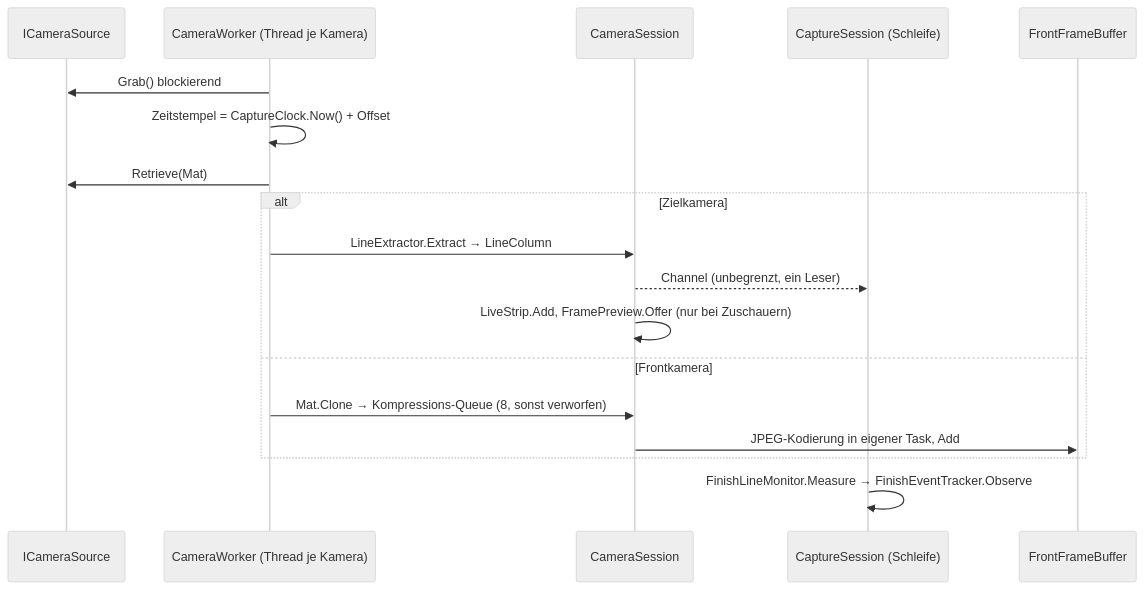
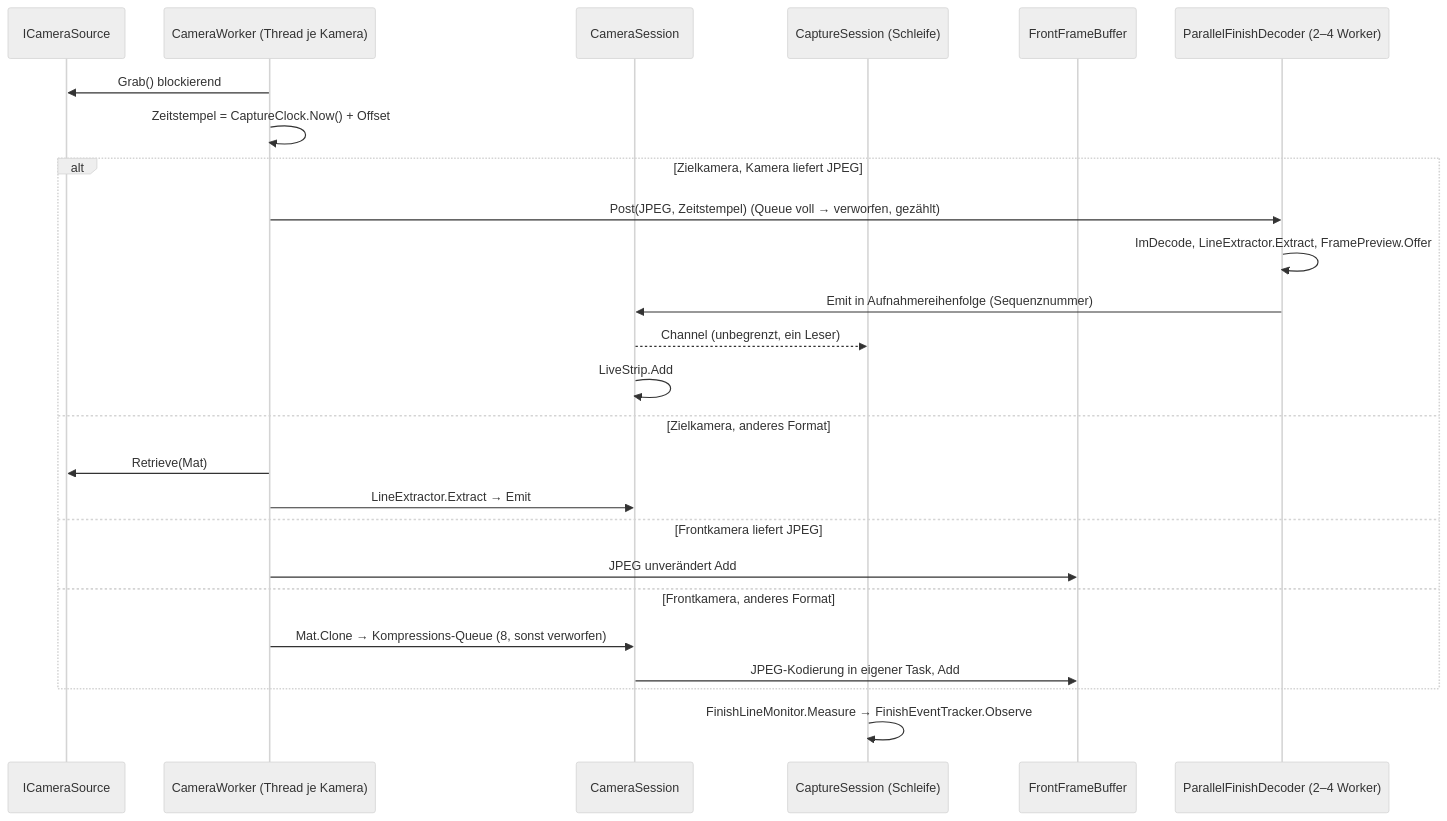
One commit to AndreasLamparter/CameraAppV2 changed the diagram in docs/arc42/06-runtime.md. Above: the diagram before and after it, drawn with Mermaid (neutral theme). The commit also changed other lines of this file and 50 other files, not shown here.

````diff
--- a/docs/arc42/06-runtime.md
+++ b/docs/arc42/06-runtime.md
@@ -5,20 +5,27 @@
 ```mermaid
 sequenceDiagram
     participant Src as ICameraSource
     participant W as CameraWorker (Thread je Kamera)
     participant S as CameraSession
     participant L as CaptureSession (Schleife)
     participant B as FrontFrameBuffer
+    participant D as ParallelFinishDecoder (2–4 Worker)
     W->>Src: Grab() blockierend
     W->>W: Zeitstempel = CaptureClock.Now() + Offset
-    W->>Src: Retrieve(Mat)
-    alt Zielkamera
-        W->>S: LineExtractor.Extract → LineColumn
+    alt Zielkamera, Kamera liefert JPEG
+        W->>D: Post(JPEG, Zeitstempel) (Queue voll → verworfen, gezählt)
+        D->>D: ImDecode, LineExtractor.Extract, FramePreview.Offer
+        D->>S: Emit in Aufnahmereihenfolge (Sequenznummer)
         S-->>L: Channel (unbegrenzt, ein Leser)
-        S->>S: LiveStrip.Add, FramePreview.Offer (nur bei Zuschauern)
-    else Frontkamera
+        S->>S: LiveStrip.Add
+    else Zielkamera, anderes Format
+        W->>Src: Retrieve(Mat)
+        W->>S: LineExtractor.Extract → Emit
+    else Frontkamera liefert JPEG
+        W->>B: JPEG unverändert Add
+    else Frontkamera, anderes Format
         W->>S: Mat.Clone → Kompressions-Queue (8, sonst verworfen)
         S->>B: JPEG-Kodierung in eigener Task, Add
     end
     L->>L: FinishLineMonitor.Measure → FinishEventTracker.Observe
 ```
````
